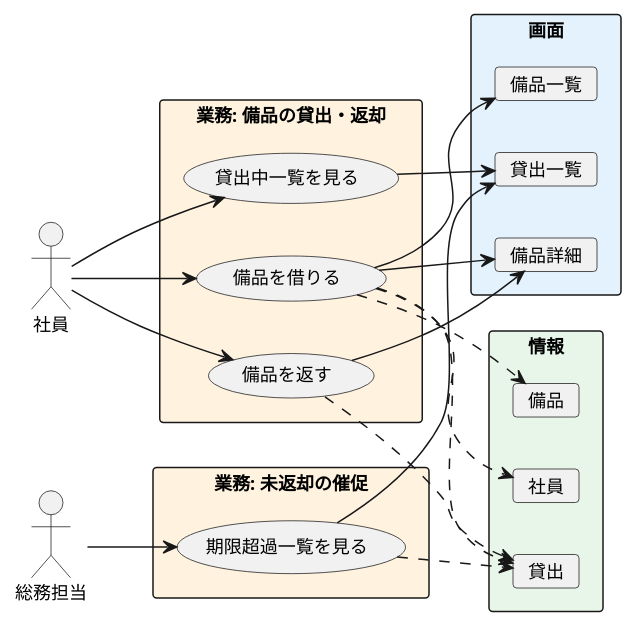
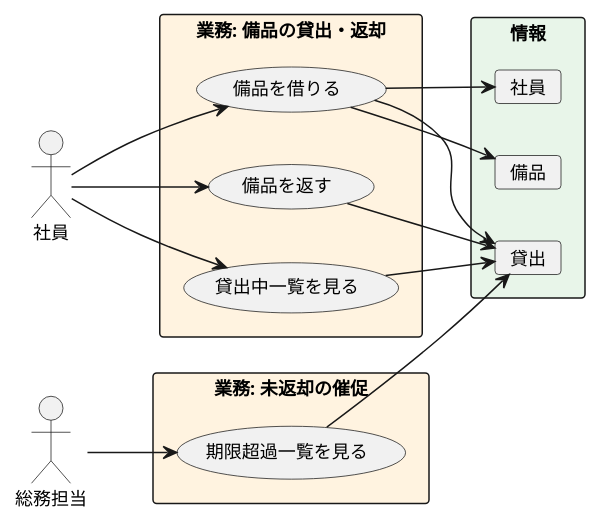
One commit to ShoheiImamura/req-dev changed the diagram in src/content/docs/usecase.md. Above: the diagram before and after it, drawn with PlantUML. The commit also changed other lines of this file and 16 other files, not shown here.

````diff
--- a/src/content/docs/usecase.md
+++ b/src/content/docs/usecase.md
@@ -11,40 +11,31 @@
 ```plantuml ユースケース全体
 @startuml
 left to right direction
 skinparam defaultFontSize 12
 actor 社員
 actor 総務担当
 rectangle "業務: 備品の貸出・返却" #FFF3E0 {
   usecase "備品を借りる" as uc1
   usecase "備品を返す" as uc2
   usecase "貸出中一覧を見る" as uc3
 }
 rectangle "業務: 未返却の催促" #FFF3E0 {
   usecase "期限超過一覧を見る" as uc4
 }
-rectangle "画面" #E3F2FD {
-  card "備品一覧" as s1
-  card "備品詳細" as s2
-  card "貸出一覧" as s3
-}
 rectangle "情報" #E8F5E9 {
   card "備品" as i1
   card "貸出" as i2
   card "社員" as i3
 }
 社員 --> uc1
 社員 --> uc2
 社員 --> uc3
 総務担当 --> uc4
-uc1 --> s1
-uc1 --> s2
-uc2 --> s2
-uc3 --> s3
-uc4 --> s3
-uc1 ..> i1
-uc1 ..> i2
-uc1 ..> i3
-uc2 ..> i2
-uc4 ..> i2
+uc1 --> i1
+uc1 --> i2
+uc1 --> i3
+uc2 --> i2
+uc3 --> i2
+uc4 --> i2
 @enduml
 ```
````
